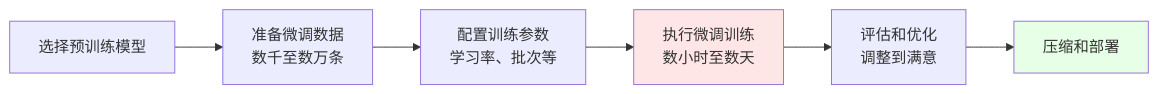
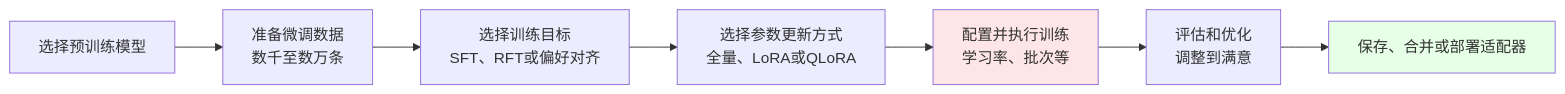
One commit to gqcn/johns-blog changed diagram 11 of 13 in docs/docs/1000-AI技术/600-训练微调/3000-AI模型微调技术详解.md. Above: the diagram before and after it, drawn with Mermaid. The commit also changed other lines of this file and 7 other files, not shown here.

````diff
--- a/docs/docs/1000-AI技术/600-训练微调/3000-AI模型微调技术详解.md
+++ b/docs/docs/1000-AI技术/600-训练微调/3000-AI模型微调技术详解.md
@@ -871,11 +1053,12 @@
 ```mermaid
 graph LR
     A["选择预训练模型"] --> B["准备微调数据<br/>数千至数万条"]
-    B --> C["配置训练参数<br/>学习率、批次等"]
-    C --> D["执行微调训练<br/>数小时至数天"]
-    D --> E["评估和优化<br/>调整到满意"]
-    E --> F["压缩和部署"]
+    B --> C["选择训练目标<br/>SFT、RFT或偏好对齐"]
+    C --> D["选择参数更新方式<br/>全量、LoRA或QLoRA"]
+    D --> E["配置并执行训练<br/>学习率、批次等"]
+    E --> F["评估和优化<br/>调整到满意"]
+    F --> G["保存、合并或部署适配器"]
     
-    style D fill:#ffe6e6
-    style F fill:#e6ffe6
+    style E fill:#ffe6e6
+    style G fill:#e6ffe6
 ```
````
